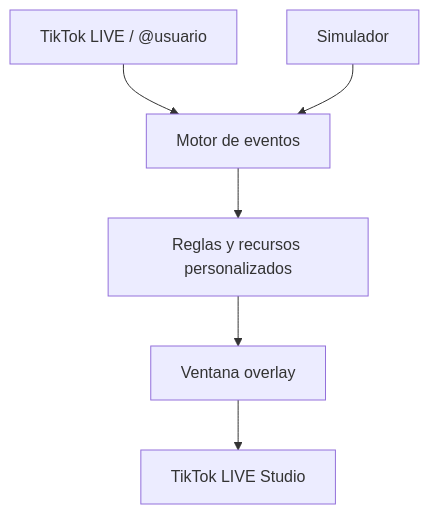
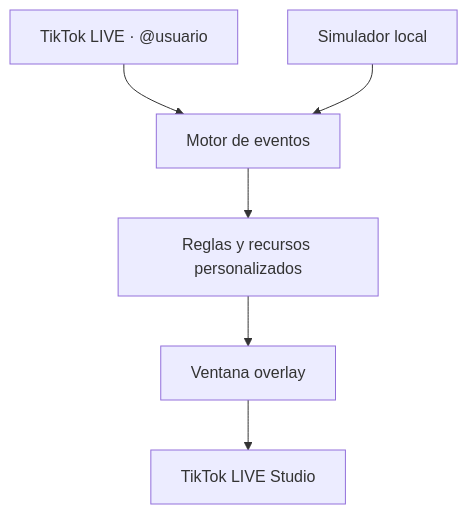
Before and after one commit to Destruct0rx/TikLiveTools-Releases: the diagram in README.md, drawn with Mermaid. The commit also changed other lines of this file and 2 other files, not shown here.

````diff
--- a/README.md
+++ b/README.md
@@ -42,8 +77,8 @@
 ```mermaid
 flowchart TD
-    A["TikTok LIVE / @usuario"] --> B["Motor de eventos"]
+    A["TikTok LIVE · @usuario"] --> B["Motor de eventos"]
+    S["Simulador local"] --> B
     B --> C["Reglas y recursos personalizados"]
-    D["Simulador"] --> B
-    C --> E["Ventana overlay"]
-    E --> F["TikTok LIVE Studio"]
+    C --> D["Ventana overlay"]
+    D --> E["TikTok LIVE Studio"]
 ```
````
